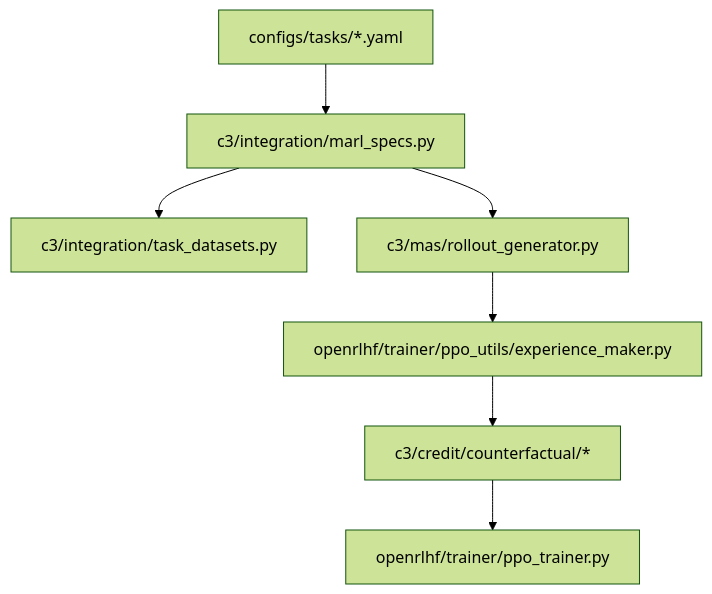
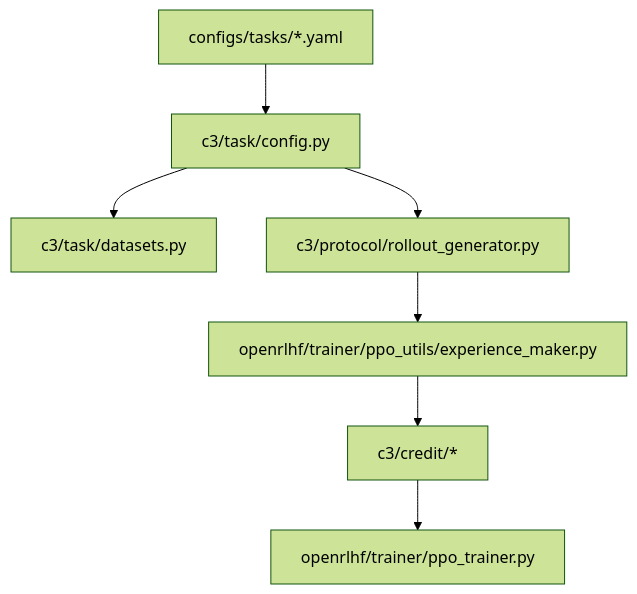
One commit to EIT-EAST-Lab/C3 changed the diagram in docs/10_code_map.md. Above: the diagram before and after it, drawn with Mermaid (forest theme). The commit also changed other lines of this file and 64 other files, not shown here.

````diff
--- a/docs/10_code_map.md
+++ b/docs/10_code_map.md
@@ -78,9 +78,9 @@
 ```mermaid
 flowchart TD
-Tasks["configs/tasks/*.yaml"] --> Loader["c3/integration/marl_specs.py"]
-Loader --> Data["c3/integration/task_datasets.py"]
-Loader --> MAS["c3/mas/rollout_generator.py"]
+Tasks["configs/tasks/*.yaml"] --> Loader["c3/task/config.py"]
+Loader --> Data["c3/task/datasets.py"]
+Loader --> MAS["c3/protocol/rollout_generator.py"]
 MAS --> Experience["openrlhf/trainer/ppo_utils/experience_maker.py"]
-Experience --> Credit["c3/credit/counterfactual/*"]
+Experience --> Credit["c3/credit/*"]
 Credit --> PPO["openrlhf/trainer/ppo_trainer.py"]
 ```
````
